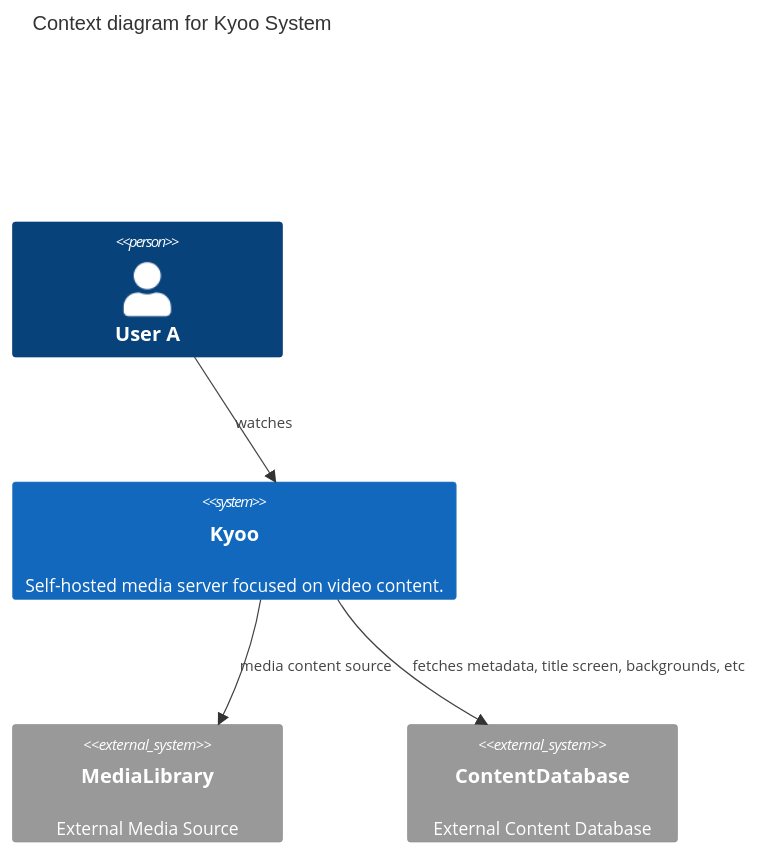
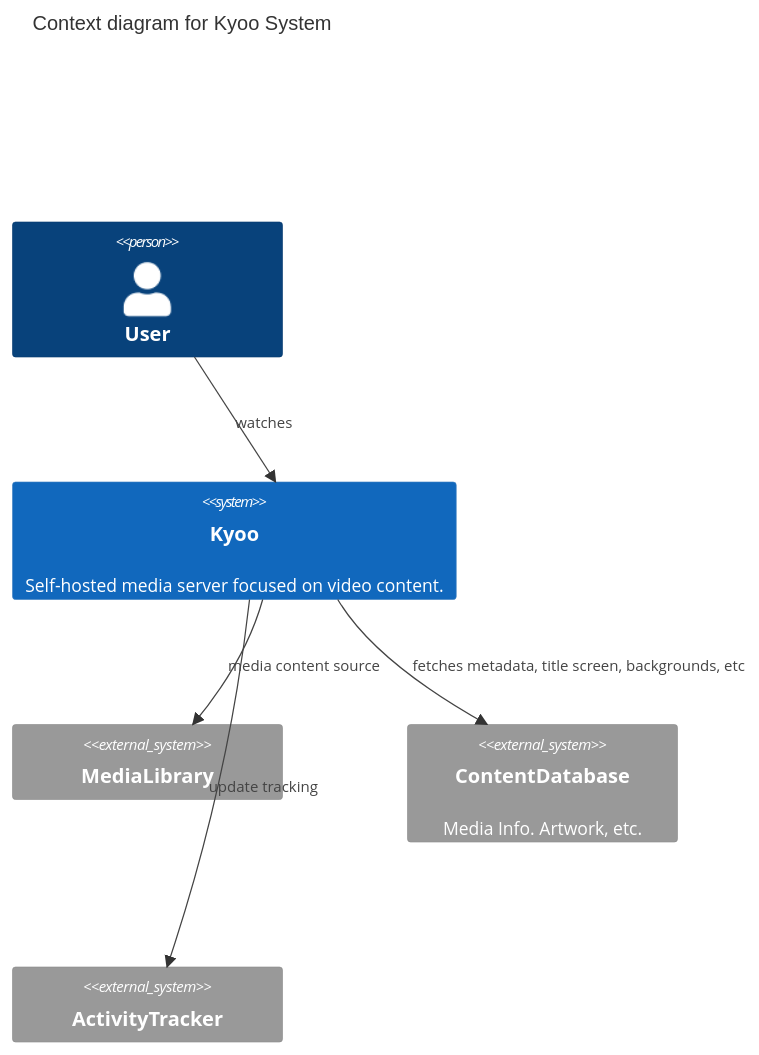
The first of 3 diagrams in DIAGRAMS.md (zoriya/Kyoo), drawn with Mermaid before and after one commit. The commit also changed other lines of this file, not shown here.

Commit message:
update diagram

````diff
--- a/DIAGRAMS.md
+++ b/DIAGRAMS.md
@@ -5,18 +5,20 @@
 ```mermaid
     C4Context
 
       title Context diagram for Kyoo System
-      Person(userA, "User A")
+      Person(user, "User")
 
-      System(systemA, "Kyoo", "Self-hosted media server focused on video content.")
-      System_Ext(systemC, "MediaLibrary", "External Media Source")
-      System_Ext(systemB, "ContentDatabase", "External Content Database")
+      System(kyoo, "Kyoo", "Self-hosted media server focused on video content.")
+      System_Ext(media, "MediaLibrary", "")
+      System_Ext(content, "ContentDatabase", "Media Info. Artwork, etc.")
+      System_Ext(tracker, "ActivityTracker", "")
 
 
-      Rel(userA, systemA, "watches")
+      Rel(user, kyoo, "watches")
 
-      Rel(systemA, systemB, "fetches metadata, title screen, backgrounds, etc")
-      Rel(systemA, systemC, "media content source")
+      Rel(kyoo, content, "fetches metadata, title screen, backgrounds, etc")
+      Rel(kyoo, media, "media content source")
+      Rel(kyoo, tracker, "update tracking")
 
       UpdateLayoutConfig($c4ShapeInRow="2", $c4BoundaryInRow="1")
 ```
````
